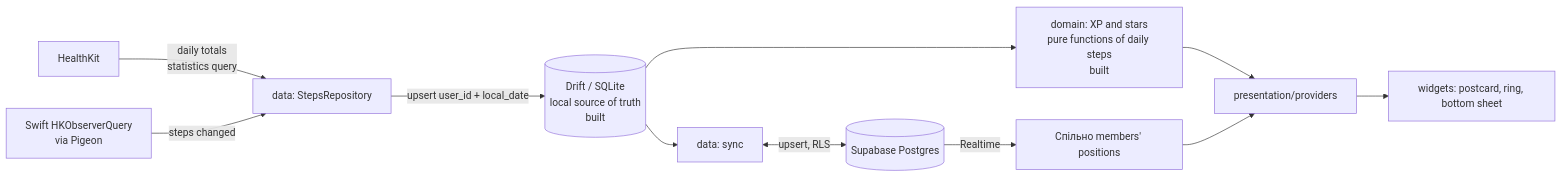
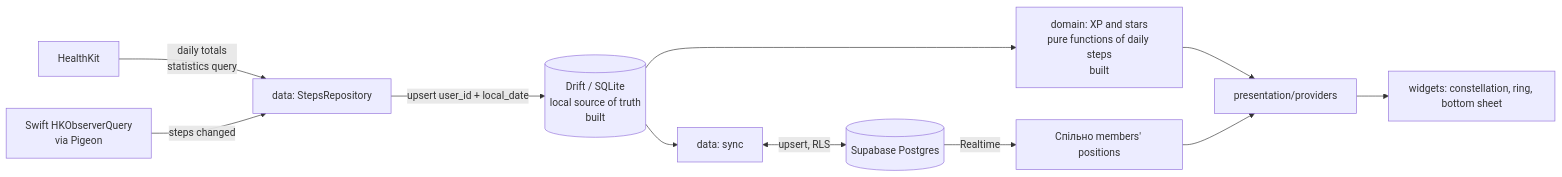
Before and after one commit to korotinmain/shlyakh-app: the diagram in docs/ARCHITECTURE.md, drawn with Mermaid. The commit also changed other lines of this file and 24 other files, not shown here.

````diff
--- a/docs/ARCHITECTURE.md
+++ b/docs/ARCHITECTURE.md
@@ -143,13 +145,13 @@
 ```mermaid
 flowchart LR
   HK[HealthKit] -->|daily totals<br/>statistics query| SR[data: StepsRepository]
   OBS[Swift HKObserverQuery<br/>via Pigeon] -->|"steps changed"| SR
   SR -->|upsert user_id + local_date| DB[(Drift / SQLite<br/>local source of truth<br/>built)]
   DB --> XP[domain: XP and stars<br/>pure functions of daily steps<br/>built]
   DB --> SYNC[data: sync]
   SYNC <-->|upsert, RLS| SB[(Supabase Postgres)]
   SB -->|Realtime| MEMBERS[Спільно members' positions]
   XP --> P[presentation/providers]
   MEMBERS --> P
-  P --> UI[widgets: postcard, ring, bottom sheet]
+  P --> UI[widgets: constellation, ring, bottom sheet]
 ```
````
